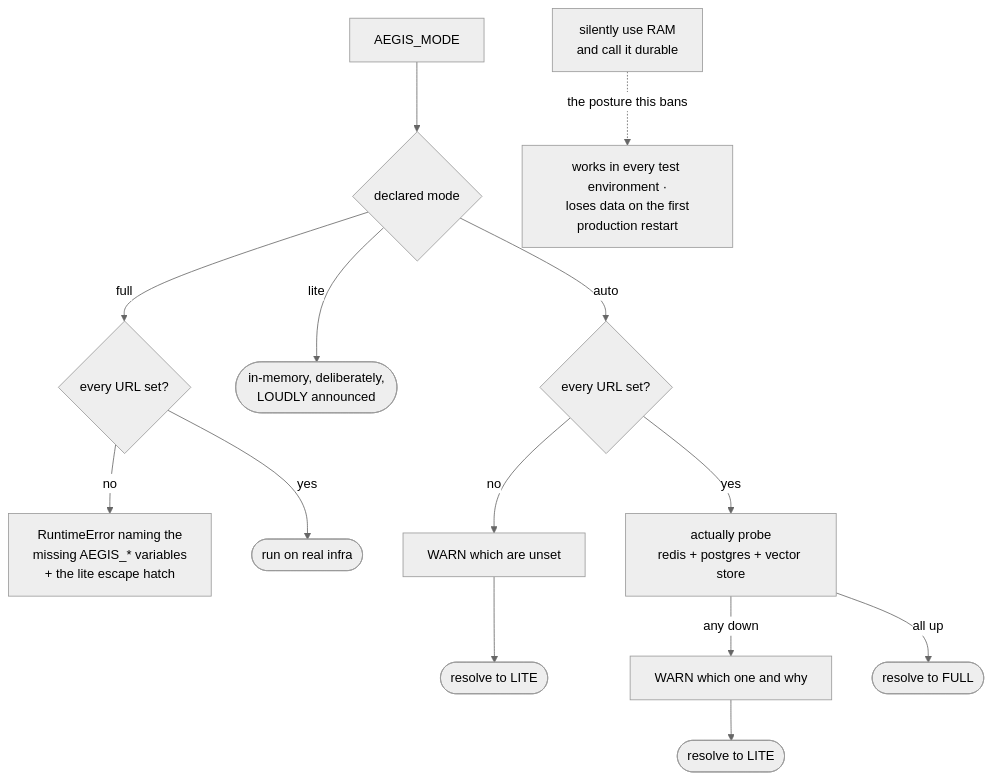
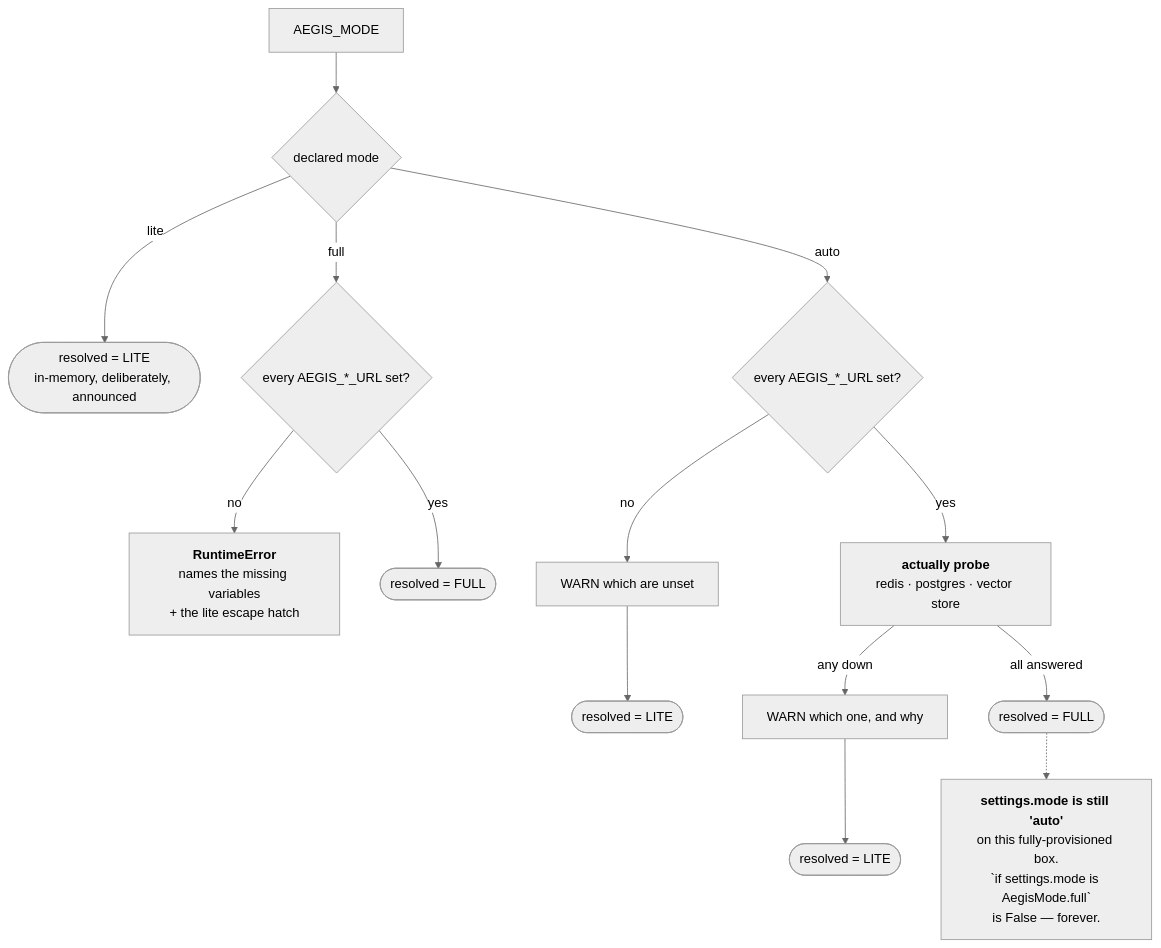
The fifth of 5 diagrams in docs/teaching/core/40-diagrams.md (yrevash/aegis), drawn with Mermaid (neutral theme) before and after one commit. The commit also changed other lines of this file and 111 other files, not shown here.

````diff
--- a/docs/teaching/core/40-diagrams.md
+++ b/docs/teaching/core/40-diagrams.md
@@ -188,18 +171,18 @@
 ```mermaid
 flowchart TB
     ENV["AEGIS_MODE"] --> M{"declared mode"}
 
-    M -->|full| F{"every URL set?"}
-    F -->|no| RAISE["RuntimeError naming the<br/>missing AEGIS_* variables<br/>+ the lite escape hatch"]
-    F -->|yes| FULL(["run on real infra"])
+    M -->|lite| L0(["resolved = LITE<br/>in-memory, deliberately, announced"])
 
-    M -->|lite| LITE(["in-memory, deliberately,<br/>LOUDLY announced"])
+    M -->|full| F{"every AEGIS_*_URL set?"}
+    F -->|no| RAISE["<b>RuntimeError</b><br/>names the missing variables<br/>+ the lite escape hatch"]
+    F -->|yes| F0(["resolved = FULL"])
 
-    M -->|auto| A{"every URL set?"}
-    A -->|no| W1["WARN which are unset"] --> L1(["resolve to LITE"])
-    A -->|yes| PROBE["actually probe<br/>redis + postgres + vector store"]
-    PROBE -->|"any down"| W2["WARN which one and why"] --> L2(["resolve to LITE"])
-    PROBE -->|"all up"| F2(["resolve to FULL"])
+    M -->|auto| A{"every AEGIS_*_URL set?"}
+    A -->|no| W1["WARN which are unset"] --> L1(["resolved = LITE"])
+    A -->|yes| PROBE["<b>actually probe</b><br/>redis · postgres · vector store"]
+    PROBE -->|"any down"| W2["WARN which one, and why"] --> L2(["resolved = LITE"])
+    PROBE -->|"all answered"| F2(["resolved = FULL"])
 
-    NEVER["silently use RAM<br/>and call it durable"] -.->|"the posture this bans"| WHY["works in every test environment ·<br/>loses data on the first<br/>production restart"]
+    F2 -.-> TRAP["<b>settings.mode is still 'auto'</b><br/>on this fully-provisioned box.<br/>`if settings.mode is AegisMode.full`<br/>is False — forever."]
 ```
````
